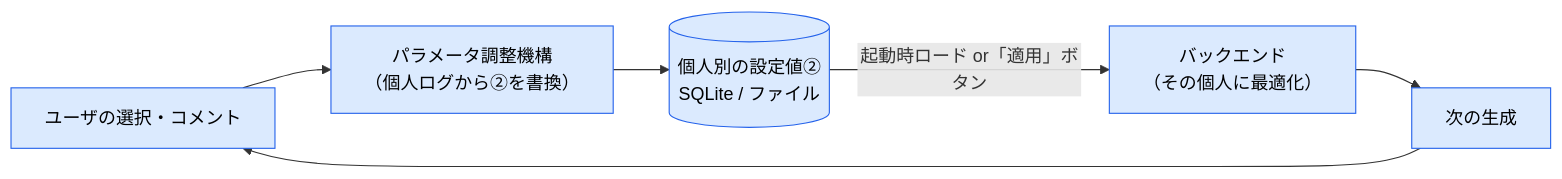
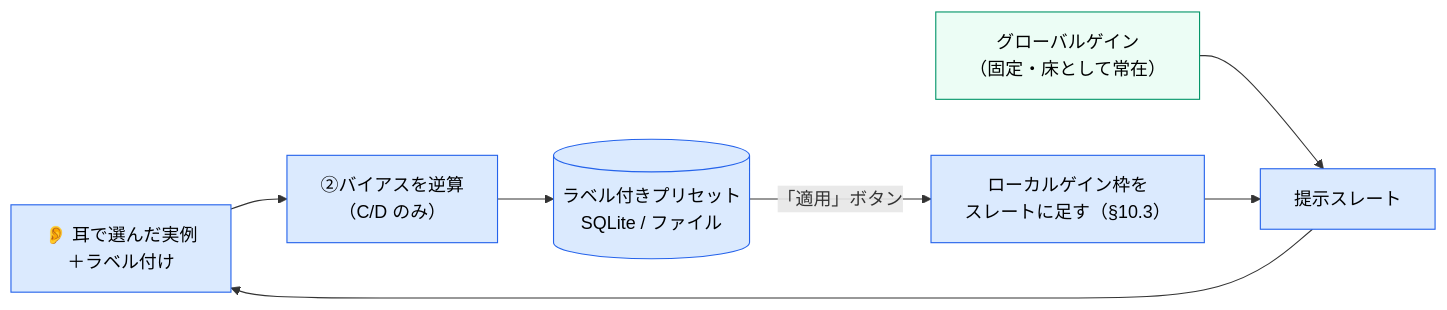
One commit to mgmaru/foley-forge-prototype changed the fourth of 4 diagrams in docs/observation-and-evaluation-design.md. Above: the diagram before and after it, drawn with Mermaid. The commit also changed other lines of this file and 3 other files, not shown here.

````diff
--- a/docs/observation-and-evaluation-design.md
+++ b/docs/observation-and-evaluation-design.md
@@ -352,9 +361,13 @@
 ```mermaid
 flowchart LR
-    SEL["ユーザの選択・コメント"] --> TUNE["パラメータ調整機構<br/>（個人ログから②を書換）"]
-    TUNE --> CFG[("個人別の設定値②<br/>SQLite / ファイル")]
-    CFG -->|起動時ロード or「適用」ボタン| BE["バックエンド<br/>（その個人に最適化）"]
-    BE --> GEN["次の生成"] --> SEL
+    EAR["👂 耳で選んだ実例<br/>＋ラベル付け"] --> DERIVE["②バイアスを逆算<br/>（C/D のみ）"]
+    DERIVE --> PRESET[("ラベル付きプリセット<br/>SQLite / ファイル")]
+    PRESET -->|「適用」ボタン| LOCAL["ローカルゲイン枠を<br/>スレートに足す（§10.3）"]
+    GLOBAL["グローバルゲイン<br/>（固定・床として常在）"] --> SLATE["提示スレート"]
+    LOCAL --> SLATE
+    SLATE --> EAR
     classDef on fill:#dbeafe,stroke:#2563eb,color:#000
-    class SEL,TUNE,CFG,BE,GEN on
+    classDef fix fill:#ecfdf5,stroke:#059669,color:#000
+    class EAR,DERIVE,PRESET,LOCAL,SLATE on
+    class GLOBAL fix
 ```
````
